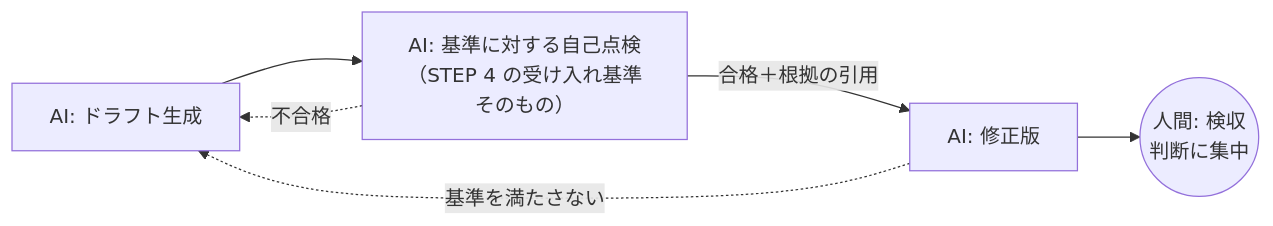
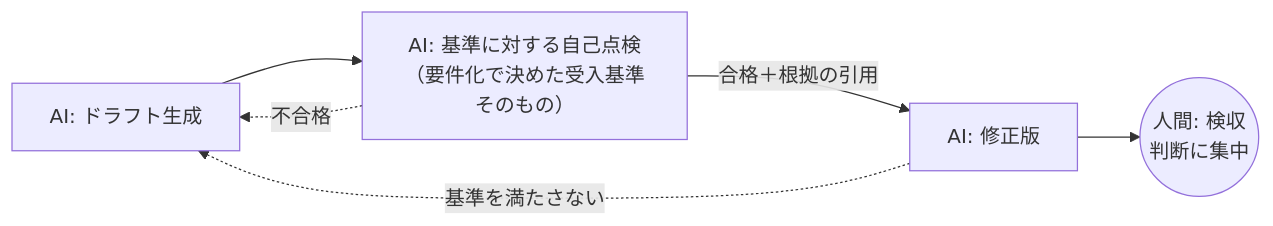
Before and after one commit to zixuniaowu/FDE-AI-Knowledge-Base: the diagram in content/ja/patterns/self-check.md, drawn with Mermaid. The commit also changed other lines of this file and 227 other files, not shown here.

````diff
--- a/content/ja/patterns/self-check.md
+++ b/content/ja/patterns/self-check.md
@@ -17,8 +17,8 @@
 ```mermaid
 flowchart LR
-    A["AI: ドラフト生成"] --> B["AI: 基準に対する自己点検<br/>（STEP 4 の受け入れ基準そのもの）"]
+    A["AI: ドラフト生成"] --> B["AI: 基準に対する自己点検<br/>（要件化で決めた受入基準そのもの）"]
     B -->|"合格＋根拠の引用"| C["AI: 修正版"]
     B -.->|不合格| A
     C --> D(("人間: 検収<br/>判断に集中"))
     C -.->|基準を満たさない| A
 ```
````
